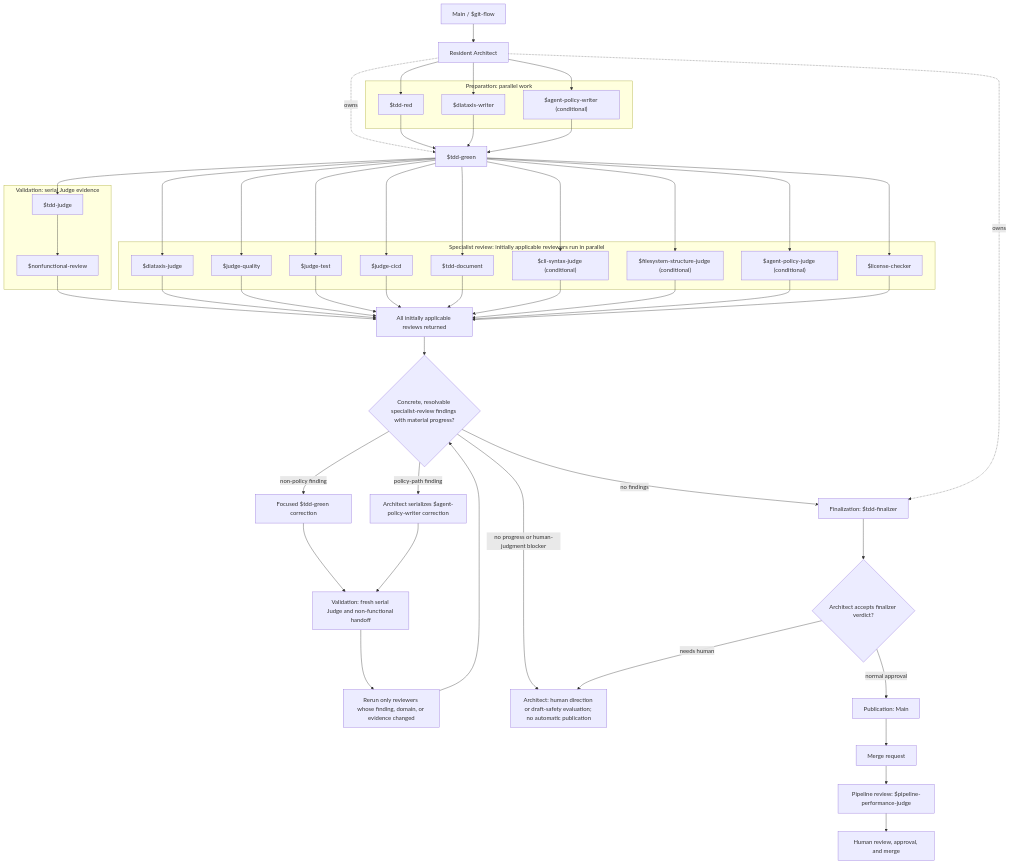
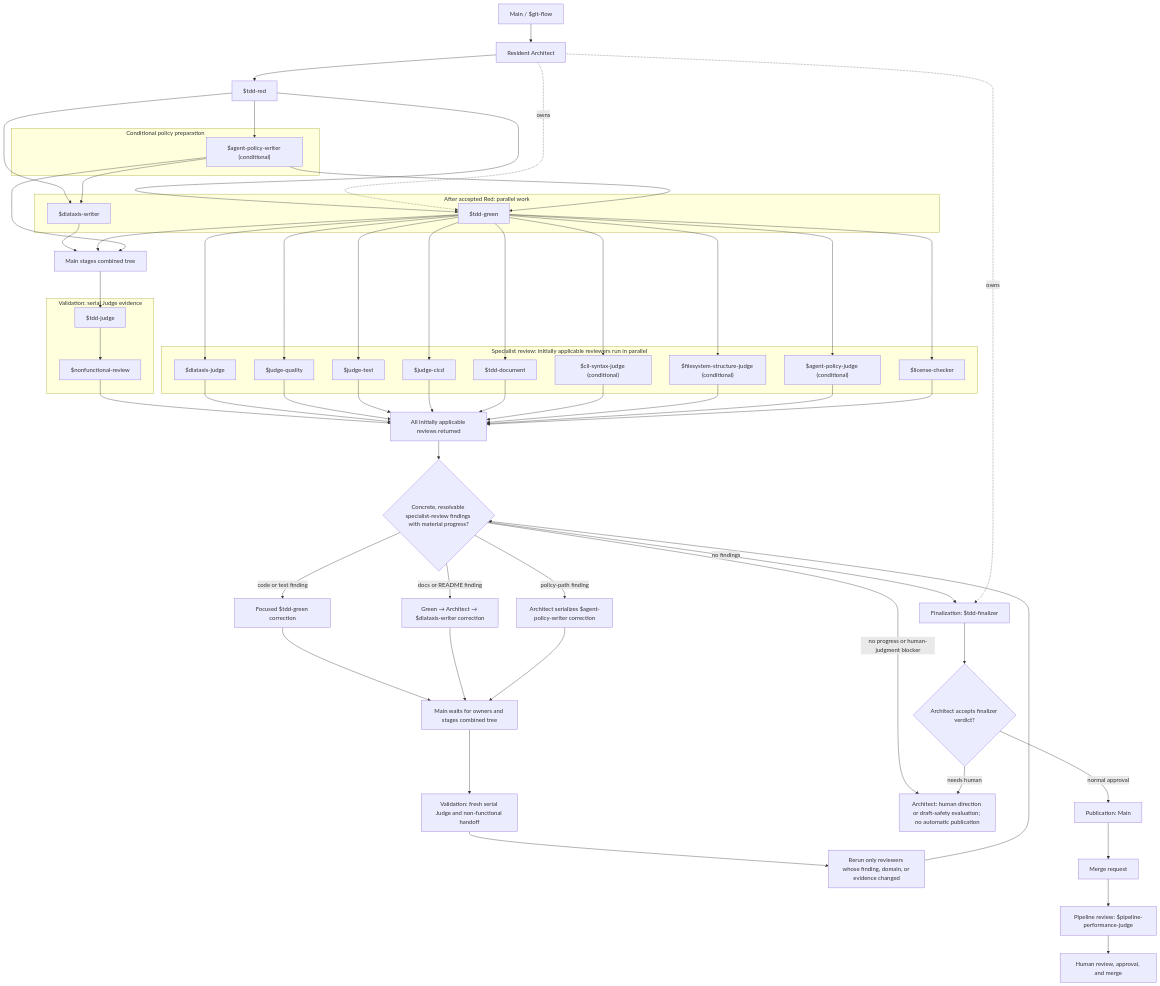
One commit to dfwguy/nvis-ova-agentic-copier changed the first of 5 diagrams in docs/explanation/agentic-workflow.md. Above: the diagram before and after it, drawn with Mermaid. The commit also changed other lines of this file and 38 other files, not shown here.

````diff
--- a/docs/explanation/agentic-workflow.md
+++ b/docs/explanation/agentic-workflow.md
@@ -183,68 +184,77 @@
 ```mermaid
 flowchart TD
     main["Main / $git-flow"] --> architect["Resident Architect"]
-    subgraph preparation["Preparation: parallel work"]
-        red["$tdd-red"]
+    red["$tdd-red"]
+    subgraph implementation["After accepted Red: parallel work"]
         writer["$diataxis-writer"]
+        green["$tdd-green"]
+    end
+    subgraph preparation["Conditional policy preparation"]
         policywriter["$agent-policy-writer (conditional)"]
     end
     architect --> red
-    architect --> writer
-    architect --> policywriter
-    architect -. owns .-> green["$tdd-green"]
+    red --> writer
     red --> green
-    writer --> green
+    red --> policywriter
+    architect -. owns .-> green
     policywriter --> green
-    green --> judge
+    policywriter --> writer
+    writer --> staged["Main stages combined tree"]
+    green --> staged
+    policywriter --> staged
+    staged --> judge
     subgraph validation["Validation: serial Judge evidence"]
         judge["$tdd-judge"]
         nonfunctional["$nonfunctional-review"]
     end
     subgraph specialistreview["Specialist review: initially applicable reviewers run in parallel"]
         diataxis["$diataxis-judge"]
         quality["$judge-quality"]
         testjudge["$judge-test"]
         cicd["$judge-cicd"]
         readme["$tdd-document"]
         cli["$cli-syntax-judge (conditional)"]
         filesystem["$filesystem-structure-judge (conditional)"]
         policy["$agent-policy-judge (conditional)"]
         license["$license-checker"]
     end
     judge --> nonfunctional
     green --> diataxis
     green --> quality
     green --> testjudge
     green --> cicd
     green --> readme
     green --> cli
     green --> filesystem
     green --> policy
     green --> license
     nonfunctional --> reviews["All initially applicable reviews returned"]
     diataxis --> reviews
     quality --> reviews
     testjudge --> reviews
     cicd --> reviews
     readme --> reviews
     cli --> reviews
     filesystem --> reviews
     policy --> reviews
     license --> reviews
     reviews --> reviewoutcome{"Concrete, resolvable specialist-review findings with material progress?"}
-    reviewoutcome -- "non-policy finding" --> focusedgreen["Focused $tdd-green correction"]
+    reviewoutcome -- "code or test finding" --> focusedgreen["Focused $tdd-green correction"]
+    reviewoutcome -- "docs or README finding" --> docscorrection["Green → Architect → $diataxis-writer correction"]
     reviewoutcome -- "policy-path finding" --> policycorrection["Architect serializes $agent-policy-writer correction"]
-    focusedgreen --> correctionjudge["Validation: fresh serial Judge and non-functional handoff"]
-    policycorrection --> correctionjudge
+    focusedgreen --> restage["Main waits for owners and stages combined tree"]
+    docscorrection --> restage
+    policycorrection --> restage
+    restage --> correctionjudge["Validation: fresh serial Judge and non-functional handoff"]
     correctionjudge --> selective["Rerun only reviewers whose finding, domain, or evidence changed"]
     selective --> reviewoutcome
     reviewoutcome -- "no findings" --> finalizer["Finalization: $tdd-finalizer"]
     architect -. owns .-> finalizer
     reviewoutcome -- "no progress or human-judgment blocker" --> humanstop["Architect: human direction or draft-safety evaluation; no automatic publication"]
     finalizer --> decision{"Architect accepts finalizer verdict?"}
     decision -- "normal approval" --> publish["Publication: Main"]
     decision -- "needs human" --> humanstop
     publish --> mr["Merge request"]
     mr --> pipeline["Pipeline review: $pipeline-performance-judge"]
     pipeline --> human["Human review, approval, and merge"]
 ```
````
